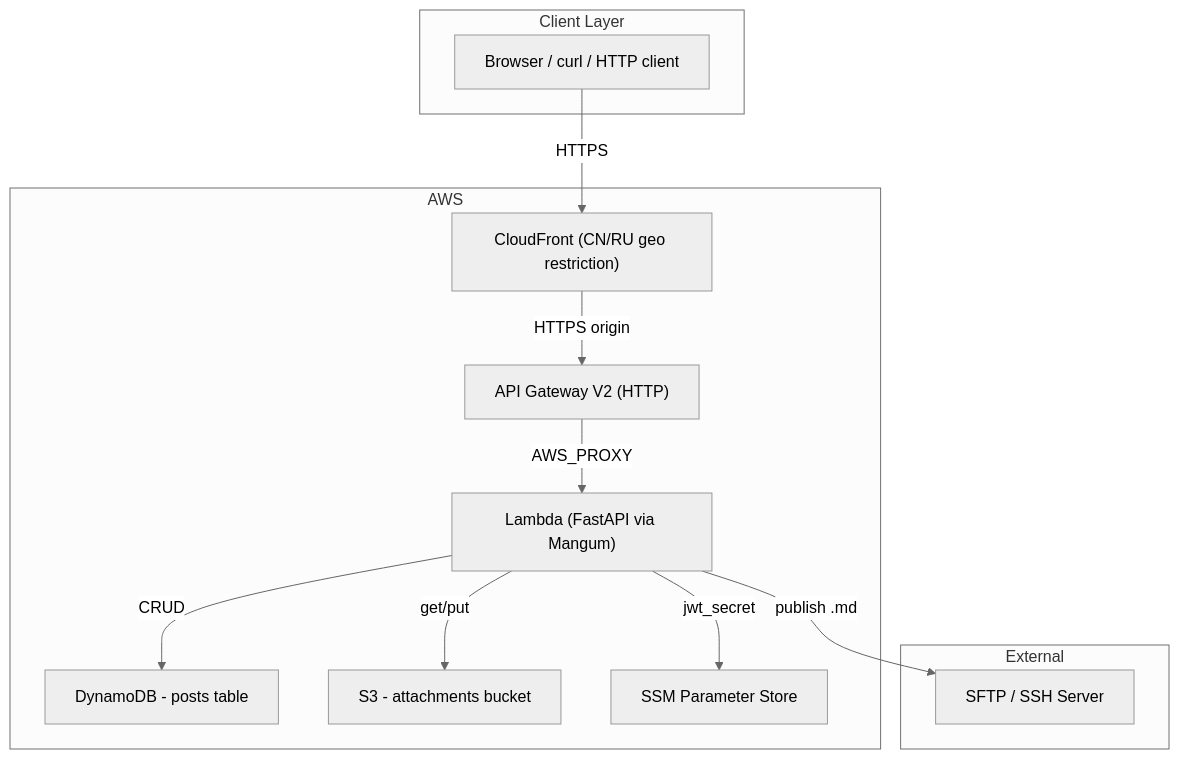
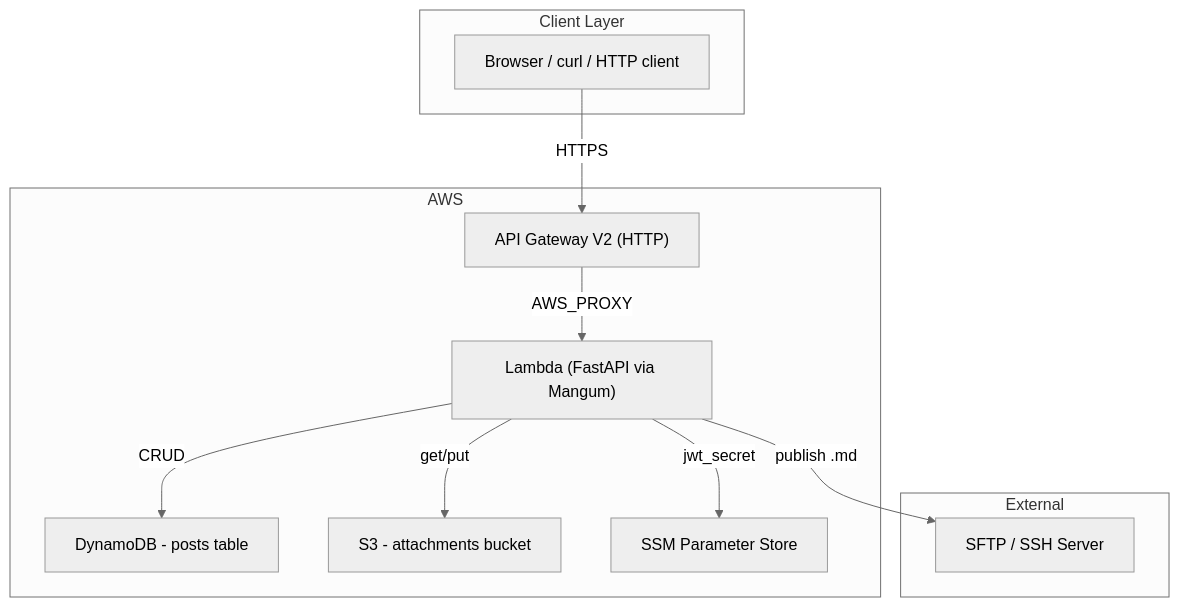
Before and after one commit to mobal/personal-backend-service: the first of 5 diagrams in README.md, drawn with Mermaid (neutral theme). The commit also changed other lines of this file and 33 other files, not shown here.

````diff
--- a/README.md
+++ b/README.md
@@ -53,27 +53,25 @@
 ```mermaid
 flowchart TD
     subgraph Client["Client Layer"]
         A["Browser / curl / HTTP client"]
     end
 
     subgraph AWS["AWS"]
-        B["CloudFront (CN/RU geo restriction)"]
-        C["API Gateway V2 (HTTP)"]
-        D["Lambda (FastAPI via Mangum)"]
-        E["DynamoDB - posts table"]
-        F["S3 - attachments bucket"]
-        G["SSM Parameter Store"]
+        B["API Gateway V2 (HTTP)"]
+        C["Lambda (FastAPI via Mangum)"]
+        D["DynamoDB - posts table"]
+        E["S3 - attachments bucket"]
+        F["SSM Parameter Store"]
     end
 
     subgraph Ext["External"]
         H["SFTP / SSH Server"]
     end
 
     A -->|HTTPS| B
-    B -->|HTTPS origin| C
-    C -->|AWS_PROXY| D
-    D -->|CRUD| E
-    D -->|get/put| F
-    D -->|jwt_secret| G
-    D -->|publish .md| H
+    B -->|AWS_PROXY| C
+    C -->|CRUD| D
+    C -->|get/put| E
+    C -->|jwt_secret| F
+    C -->|publish .md| H
 ```
````
